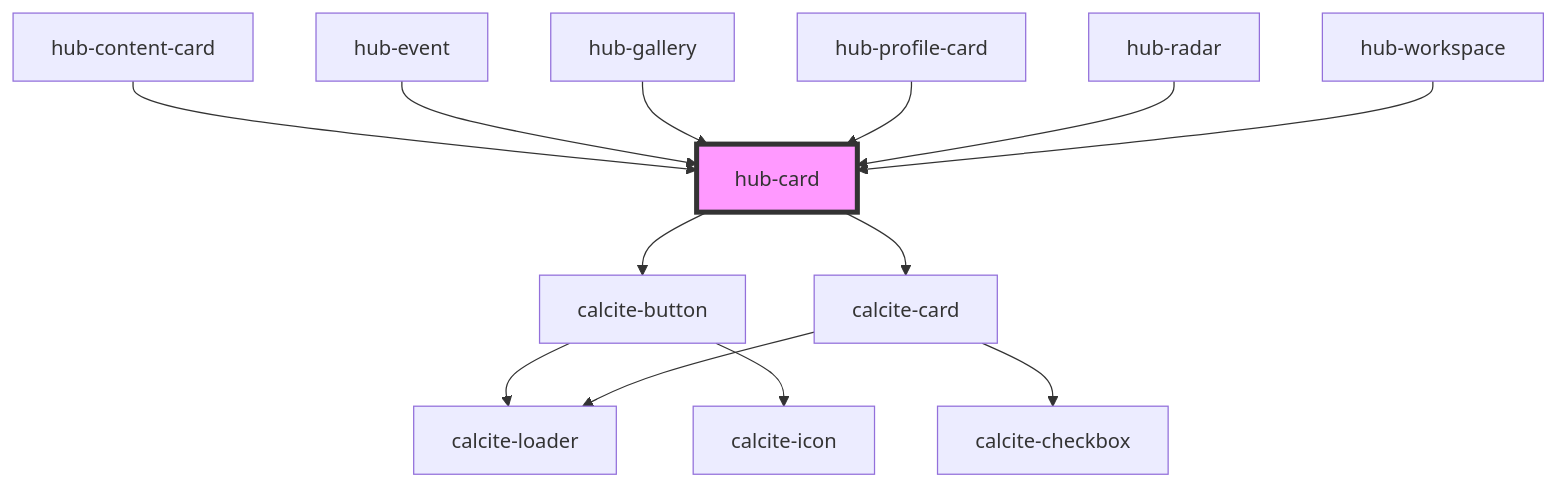
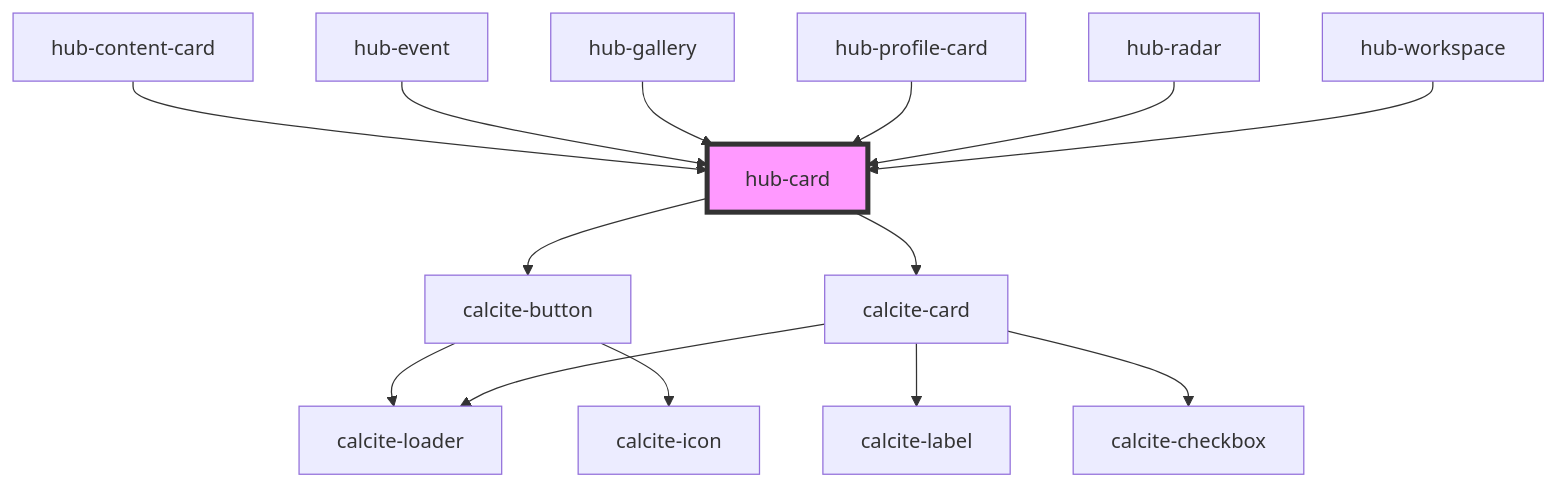
The diagram in src/components/presentation/hub-card/readme.md (esridc/hub-components-experiments), drawn with Mermaid before and after one commit. The commit also changed 21 other files, not shown here.

````diff
--- a/src/components/presentation/hub-card/readme.md
+++ b/src/components/presentation/hub-card/readme.md
@@ -40,16 +40,17 @@
 ```mermaid
 graph TD;
   hub-card --> calcite-button
   hub-card --> calcite-card
   calcite-button --> calcite-loader
   calcite-button --> calcite-icon
   calcite-card --> calcite-loader
+  calcite-card --> calcite-label
   calcite-card --> calcite-checkbox
   hub-content-card --> hub-card
   hub-event --> hub-card
   hub-gallery --> hub-card
   hub-profile-card --> hub-card
   hub-radar --> hub-card
   hub-workspace --> hub-card
   style hub-card fill:#f9f,stroke:#333,stroke-width:4px
 ```
````
